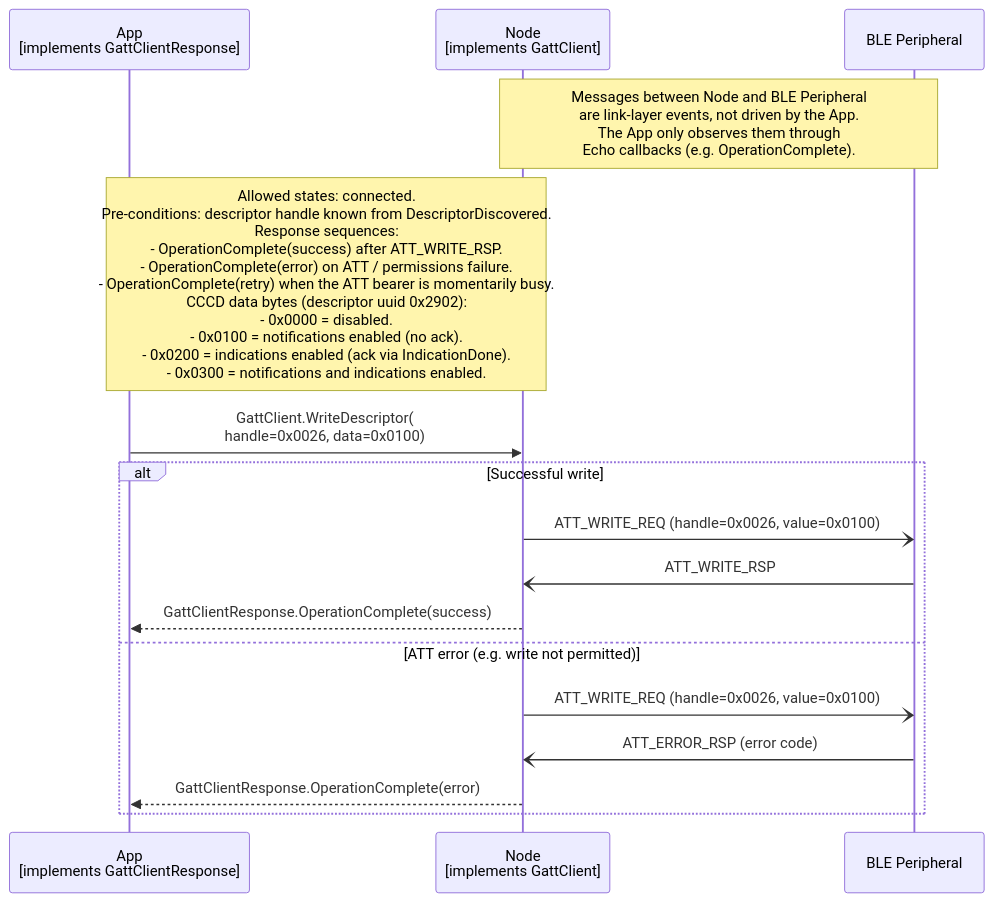
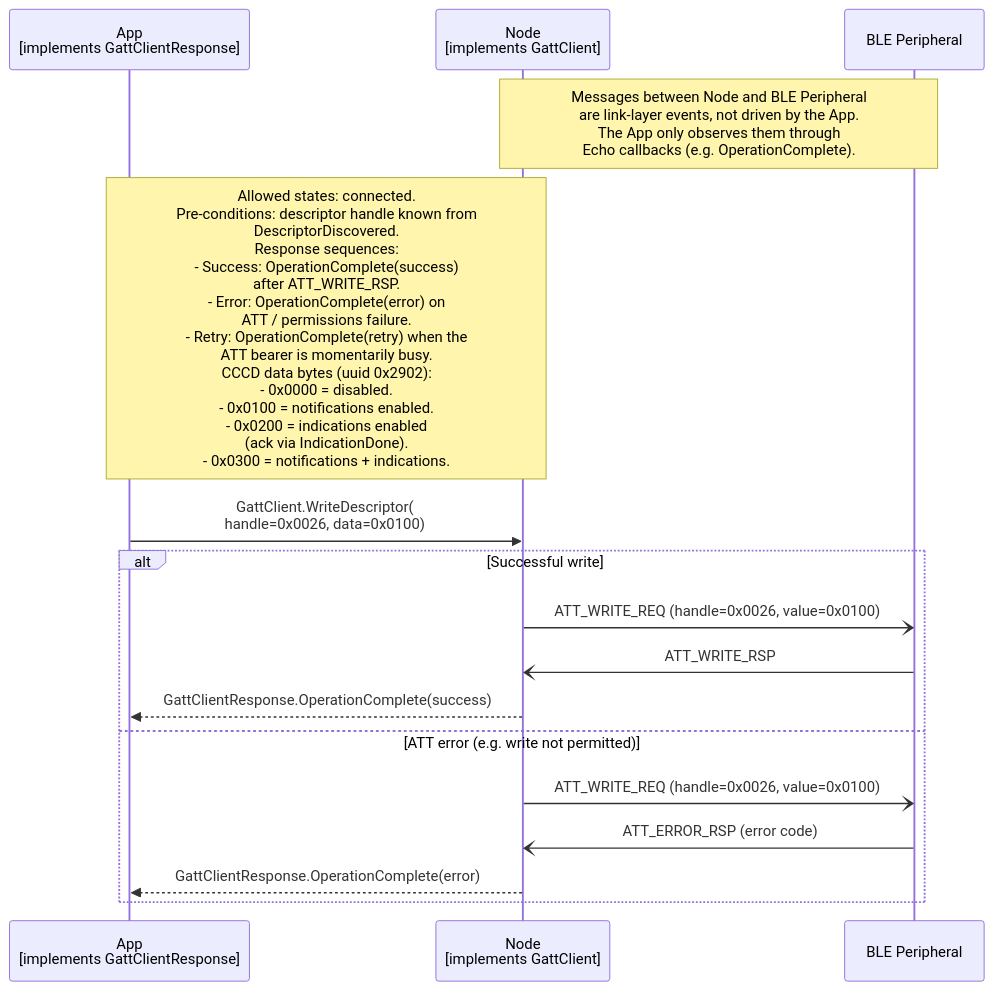
Before and after one commit to philips-software/amp-embedded-infra-lib: the diagram in documents/modules/ROOT/partials/echoservices/gatt_client/GattClient_WriteDescriptor_sequence.mmd, drawn with Mermaid. The commit also changed 12 other files, not shown here.

```diff
--- a/documents/modules/ROOT/partials/echoservices/gatt_client/GattClient_WriteDescriptor_sequence.mmd
+++ b/documents/modules/ROOT/partials/echoservices/gatt_client/GattClient_WriteDescriptor_sequence.mmd
@@ -1,19 +1,19 @@
 sequenceDiagram
     participant App as App<br>[implements GattClientResponse]
     participant Node as Node<br>[implements GattClient]
     participant Peripheral as BLE Peripheral
 
     Note over Node, Peripheral: Messages between Node and BLE Peripheral<br>are link-layer events, not driven by the App.<br>The App only observes them through<br>Echo callbacks (e.g. OperationComplete).
-    Note over App, Node: Allowed states: connected.<br>Pre-conditions: descriptor handle known from DescriptorDiscovered.<br>Response sequences:<br>- OperationComplete(success) after ATT_WRITE_RSP.<br>- OperationComplete(error) on ATT / permissions failure.<br>- OperationComplete(retry) when the ATT bearer is momentarily busy.<br>CCCD data bytes (descriptor uuid 0x2902):<br>- 0x0000 = disabled.<br>- 0x0100 = notifications enabled (no ack).<br>- 0x0200 = indications enabled (ack via IndicationDone).<br>- 0x0300 = notifications and indications enabled.
+    Note over App, Node: Allowed states: connected.<br>Pre-conditions: descriptor handle known from<br>DescriptorDiscovered.<br>Response sequences:<br>- Success: OperationComplete(success)<br>  after ATT_WRITE_RSP.<br>- Error: OperationComplete(error) on<br>  ATT / permissions failure.<br>- Retry: OperationComplete(retry) when the<br>  ATT bearer is momentarily busy.<br>CCCD data bytes (uuid 0x2902):<br>- 0x0000 = disabled.<br>- 0x0100 = notifications enabled.<br>- 0x0200 = indications enabled<br>  (ack via IndicationDone).<br>- 0x0300 = notifications + indications.
 
     App->>Node: GattClient.WriteDescriptor(<br>handle=0x0026, data=0x0100)
 
     alt Successful write
         Node-)Peripheral: ATT_WRITE_REQ (handle=0x0026, value=0x0100)
         Peripheral-)Node: ATT_WRITE_RSP
         Node-->>App: GattClientResponse.OperationComplete(success)
     else ATT error (e.g. write not permitted)
         Node-)Peripheral: ATT_WRITE_REQ (handle=0x0026, value=0x0100)
         Peripheral-)Node: ATT_ERROR_RSP (error code)
         Node-->>App: GattClientResponse.OperationComplete(error)
     end
```
